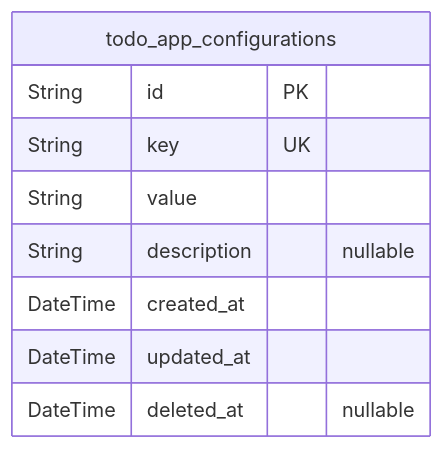
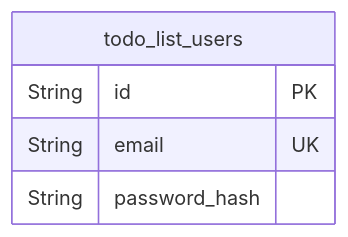
One commit to wrtnlabs/autobe-examples changed the first of 2 diagrams in qwen/qwen3-next-80b-a3b-instruct/todo/docs/ERD.md. Above: the diagram before and after it, drawn with Mermaid. The commit also changed other lines of this file and 22498 other files, not shown here.

````diff
--- a/qwen/qwen3-next-80b-a3b-instruct/todo/docs/ERD.md
+++ b/qwen/qwen3-next-80b-a3b-instruct/todo/docs/ERD.md
@@ -13,12 +10,8 @@
 ```mermaid
 erDiagram
-"todo_app_configurations" {
+"todo_list_users" {
   String id PK
-  String key UK
-  String value
-  String description "nullable"
-  DateTime created_at
-  DateTime updated_at
-  DateTime deleted_at "nullable"
+  String email UK
+  String password_hash
 }
 ```
````
